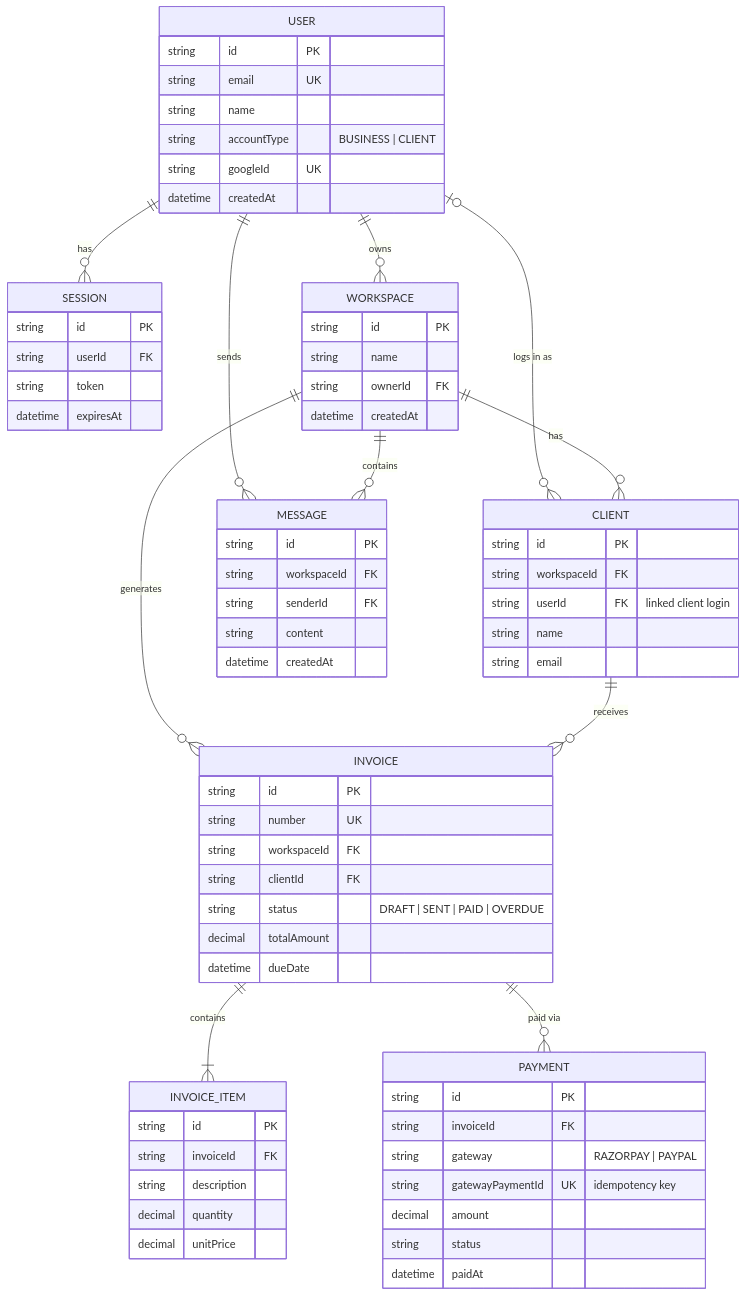
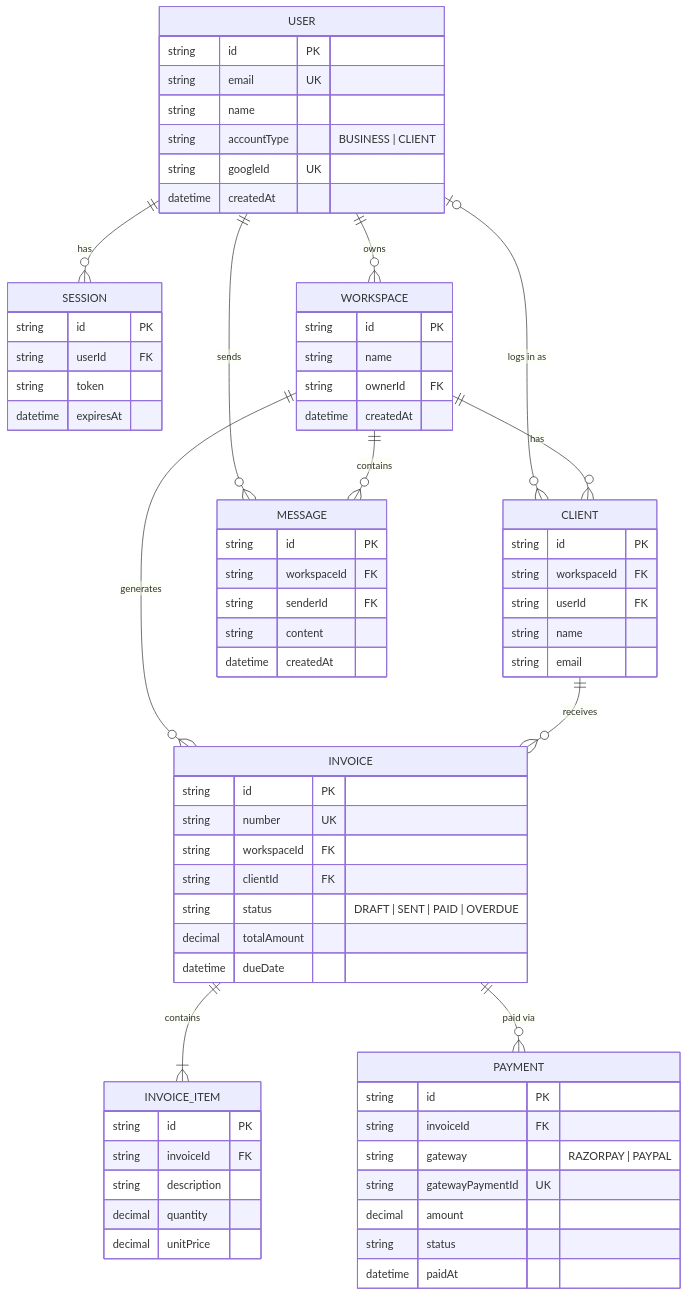
One commit to aryan24cse109-dev/Wealthra-ai changed the third of 6 diagrams in README.md. Above: the diagram before and after it, drawn with Mermaid. The commit also changed other lines of this file, not shown here.

````diff
--- a/README.md
+++ b/README.md
@@ -248,73 +370,80 @@
 ```mermaid
 erDiagram
     USER {
         string id PK
         string email UK
         string name
         string accountType "BUSINESS | CLIENT"
         string googleId UK
         datetime createdAt
     }
+
     SESSION {
         string id PK
         string userId FK
         string token
         datetime expiresAt
     }
+
     WORKSPACE {
         string id PK
         string name
         string ownerId FK
         datetime createdAt
     }
+
     CLIENT {
         string id PK
         string workspaceId FK
-        string userId FK "linked client login"
+        string userId FK
         string name
         string email
     }
+
     INVOICE {
         string id PK
         string number UK
         string workspaceId FK
         string clientId FK
         string status "DRAFT | SENT | PAID | OVERDUE"
         decimal totalAmount
         datetime dueDate
     }
+
     INVOICE_ITEM {
         string id PK
         string invoiceId FK
         string description
         decimal quantity
         decimal unitPrice
     }
+
     PAYMENT {
         string id PK
         string invoiceId FK
         string gateway "RAZORPAY | PAYPAL"
-        string gatewayPaymentId UK "idempotency key"
+        string gatewayPaymentId UK
         decimal amount
         string status
         datetime paidAt
     }
+
     MESSAGE {
         string id PK
         string workspaceId FK
         string senderId FK
         string content
         datetime createdAt
     }
 
-    USER ||--o{ SESSION : "has"
-    USER ||--o{ WORKSPACE : "owns"
+    USER ||--o{ SESSION : has
+    USER ||--o{ WORKSPACE : owns
     USER |o--o{ CLIENT : "logs in as"
-    USER ||--o{ MESSAGE : "sends"
-    WORKSPACE ||--o{ CLIENT : "has"
-    WORKSPACE ||--o{ INVOICE : "generates"
-    WORKSPACE ||--o{ MESSAGE : "contains"
-    CLIENT ||--o{ INVOICE : "receives"
-    INVOICE ||--|{ INVOICE_ITEM : "contains"
+    USER ||--o{ MESSAGE : sends
+    WORKSPACE ||--o{ CLIENT : has
+    WORKSPACE ||--o{ INVOICE : generates
+    WORKSPACE ||--o{ MESSAGE : contains
+    CLIENT ||--o{ INVOICE : receives
+    INVOICE ||--|{ INVOICE_ITEM : contains
     INVOICE ||--o{ PAYMENT : "paid via"
 ```
````
